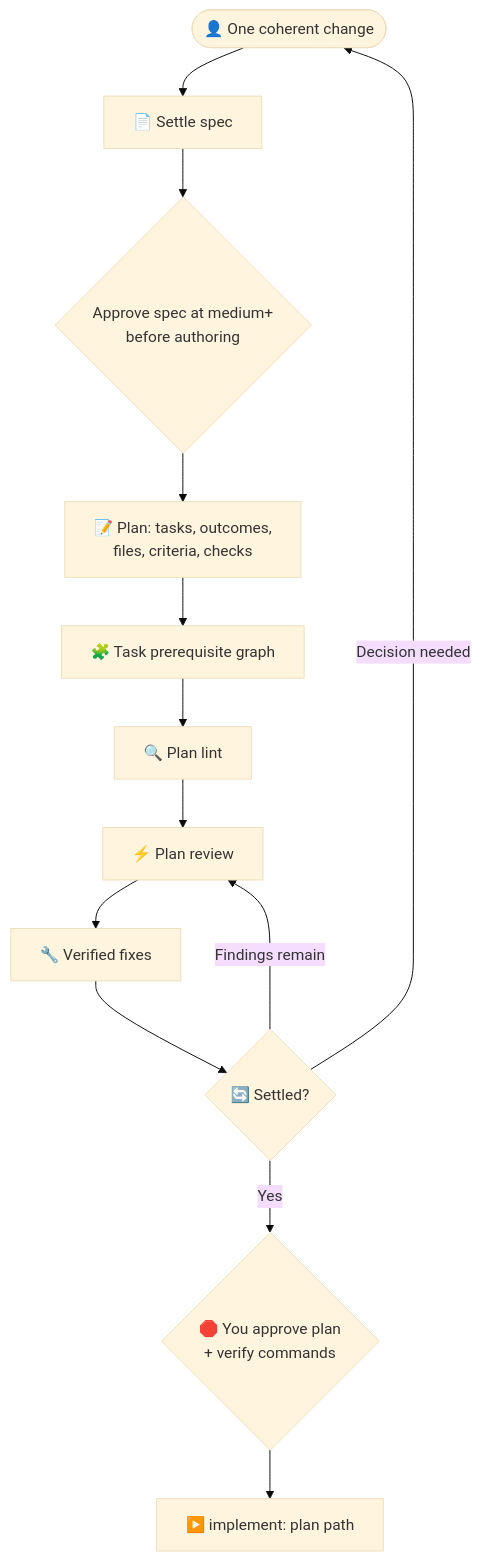
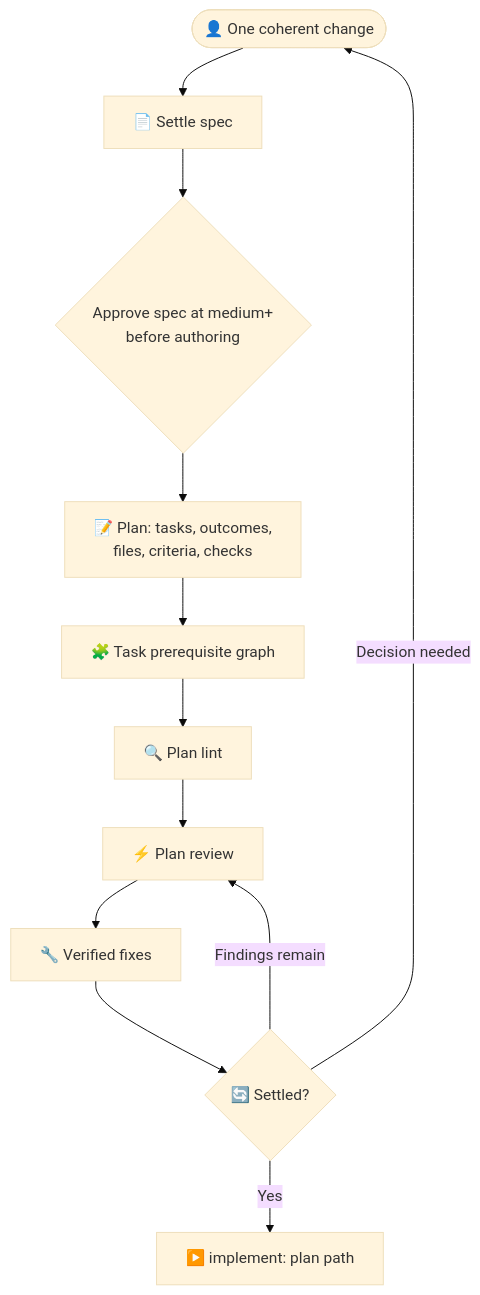
Before and after one commit to Gyunikuchan/dispatch-skills: the diagram in skills/dispatch/references/readme/plan.md, drawn with Mermaid (base theme). The commit also changed other lines of this file and 64 other files, not shown here.

````diff
--- a/skills/dispatch/references/readme/plan.md
+++ b/skills/dispatch/references/readme/plan.md
@@ -15,15 +15,14 @@
 ```mermaid
 flowchart TD
     User(["👤 One coherent change"]) --> Spec["📄 Settle spec"]
     Spec --> SpecGate{"Approve spec at medium+<br/>before authoring"}
     SpecGate --> Plan["📝 Plan: tasks, outcomes,<br/>files, criteria, checks"]
     Plan --> Graph["🧩 Task prerequisite graph"]
     Graph --> Lint["🔍 Plan lint"]
     Lint --> Review["⚡ Plan review"]
     Review --> Fix["🔧 Verified fixes"]
     Fix --> Settled{"🔄 Settled?"}
     Settled -->|Findings remain| Review
     Settled -->|Decision needed| User
-    Settled -->|Yes| Gate{"🛑 You approve plan<br/>+ verify commands"}
-    Gate --> Next["▶️ implement: plan path"]
+    Settled -->|Yes| Next["▶️ implement: plan path"]
 ```
````
